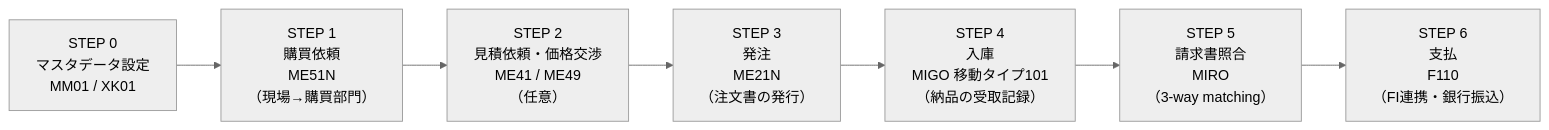
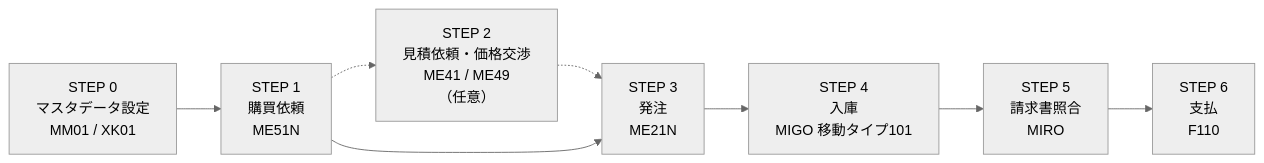
One commit to ryuto0203/sap-blog-hugo changed the first of 2 diagrams in content/blog/sap-mm-business-flow.md. Above: the diagram before and after it, drawn with Mermaid (neutral theme). The commit also changed other lines of this file and 4 other files, not shown here.

First line of the commit message:
Mermaid図の品質改善・凡例の構造化・CLAUDE.md更新

````diff
--- a/content/blog/sap-mm-business-flow.md
+++ b/content/blog/sap-mm-business-flow.md
@@ -20,17 +20,18 @@
 ```mermaid
 flowchart LR
     M0["STEP 0\nマスタデータ設定\nMM01 / XK01"]
-    M1["STEP 1\n購買依頼\nME51N\n（現場→購買部門）"]
+    M1["STEP 1\n購買依頼\nME51N"]
     M2["STEP 2\n見積依頼・価格交渉\nME41 / ME49\n（任意）"]
-    M3["STEP 3\n発注\nME21N\n（注文書の発行）"]
-    M4["STEP 4\n入庫\nMIGO 移動タイプ101\n（納品の受取記録）"]
-    M5["STEP 5\n請求書照合\nMIRO\n（3-way matching）"]
-    M6["STEP 6\n支払\nF110\n（FI連携・銀行振込）"]
+    M3["STEP 3\n発注\nME21N"]
+    M4["STEP 4\n入庫\nMIGO 移動タイプ101"]
+    M5["STEP 5\n請求書照合\nMIRO"]
+    M6["STEP 6\n支払\nF110"]
 
     M0 --> M1
-    M1 --> M2
-    M2 --> M3
+    M1 -.-> M2
+    M2 -.-> M3
+    M1 --> M3
     M3 --> M4
     M4 --> M5
     M5 --> M6
 ```
````
